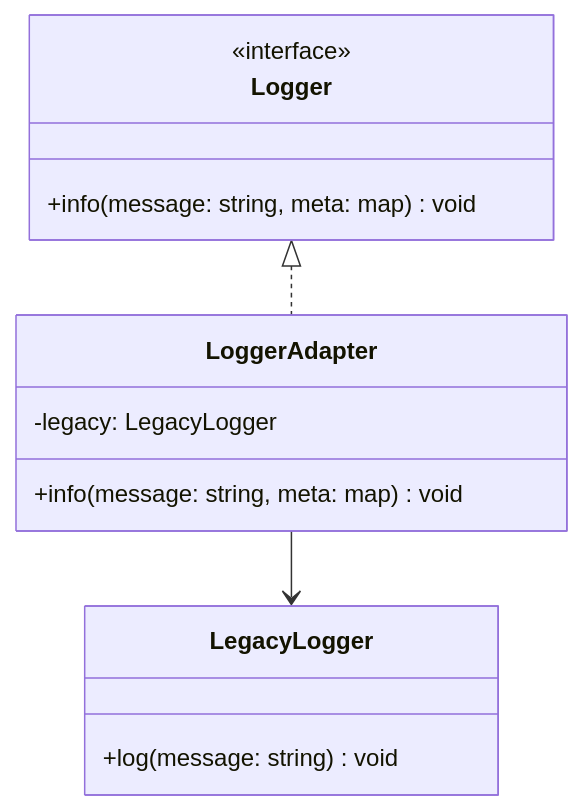
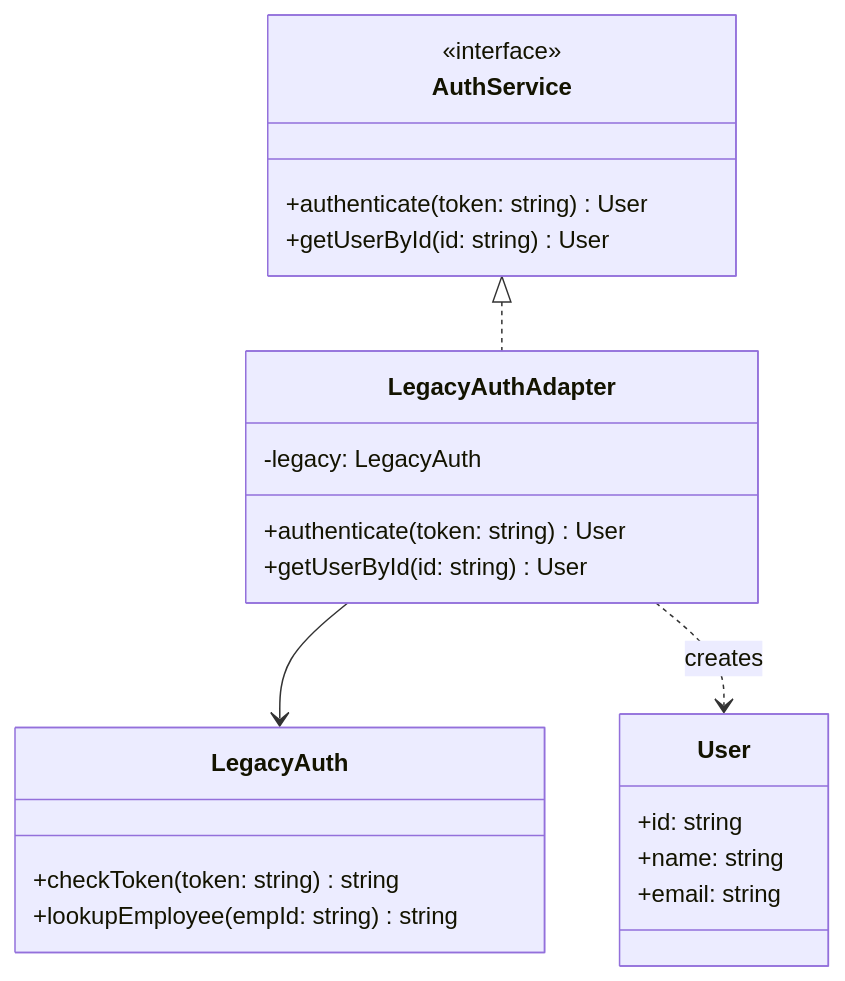
The diagram in docs/design-patterns/structural/adapter.md (shivam-g-mishra/blog), drawn with Mermaid before and after one commit. The commit also changed other lines of this file and 31 other files, not shown here.

````diff
--- a/docs/design-patterns/structural/adapter.md
+++ b/docs/design-patterns/structural/adapter.md
@@ -60,16 +82,29 @@
 ```mermaid
 classDiagram
-  class Logger {
-    <<interface>>
-    +info(message: string, meta: map) void
-  }
-  class LegacyLogger {
-    +log(message: string) void
-  }
-  class LoggerAdapter {
-    -legacy: LegacyLogger
-    +info(message: string, meta: map) void
-  }
-  Logger <|.. LoggerAdapter
-  LoggerAdapter --> LegacyLogger
+    class AuthService {
+        <<interface>>
+        +authenticate(token: string) User
+        +getUserById(id: string) User
+    }
+    
+    class LegacyAuth {
+        +checkToken(token: string) string
+        +lookupEmployee(empId: string) string
+    }
+    
+    class LegacyAuthAdapter {
+        -legacy: LegacyAuth
+        +authenticate(token: string) User
+        +getUserById(id: string) User
+    }
+    
+    class User {
+        +id: string
+        +name: string
+        +email: string
+    }
+    
+    AuthService <|.. LegacyAuthAdapter
+    LegacyAuthAdapter --> LegacyAuth
+    LegacyAuthAdapter ..> User : creates
 ```
````
